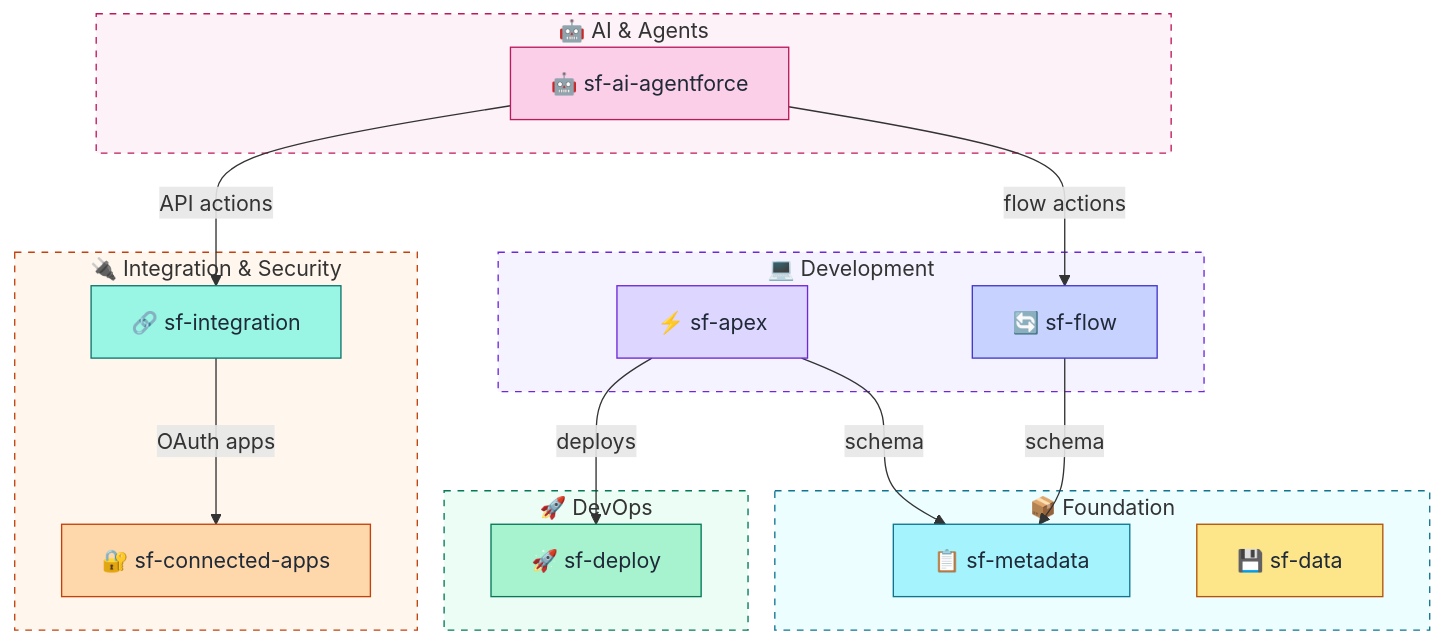
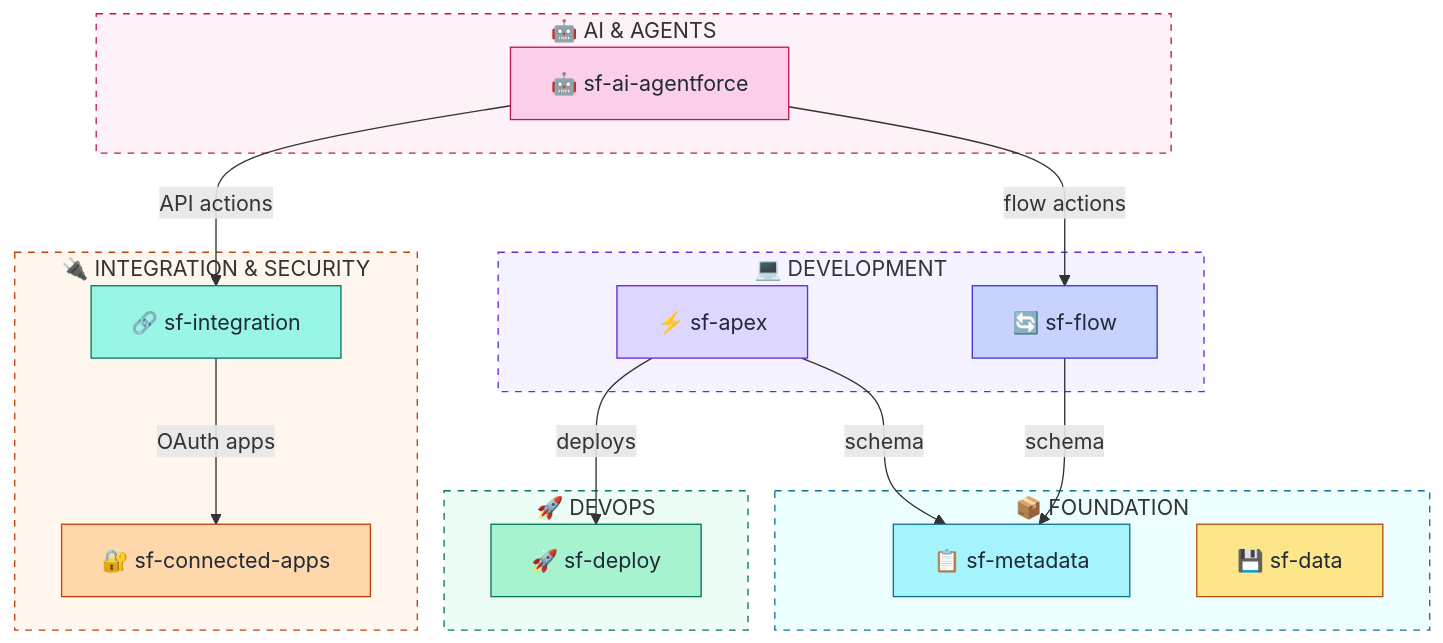
The fourth of 4 diagrams in sf-diagram/docs/color-palette.md (JuddLehmkuhl/sf-skills), drawn with Mermaid before and after one commit. The commit also changed other lines of this file and 3 other files, not shown here.

````diff
--- a/sf-diagram/docs/color-palette.md
+++ b/sf-diagram/docs/color-palette.md
@@ -171,50 +171,50 @@
 ```mermaid
 flowchart TB
-    subgraph ai["🤖 AI & Agents"]
+    subgraph ai["🤖 AI & AGENTS"]
         agentforce["🤖 sf-ai-agentforce"]
     end
 
-    subgraph integration["🔌 Integration & Security"]
+    subgraph integration["🔌 INTEGRATION & SECURITY"]
         connectedapps["🔐 sf-connected-apps"]
         sfintegration["🔗 sf-integration"]
     end
 
-    subgraph development["💻 Development"]
+    subgraph development["💻 DEVELOPMENT"]
         apex["⚡ sf-apex"]
         flow["🔄 sf-flow"]
     end
 
-    subgraph foundation["📦 Foundation"]
+    subgraph foundation["📦 FOUNDATION"]
         metadata["📋 sf-metadata"]
         data["💾 sf-data"]
     end
 
-    subgraph devops["🚀 DevOps"]
+    subgraph devops["🚀 DEVOPS"]
         deploy["🚀 sf-deploy"]
     end
 
     %% Relationships
     agentforce -->|"flow actions"| flow
     agentforce -->|"API actions"| sfintegration
     sfintegration -->|"OAuth apps"| connectedapps
     apex -->|"schema"| metadata
     flow -->|"schema"| metadata
     apex -->|"deploys"| deploy
 
     %% Node Styling - 200-level fills
     style agentforce fill:#fbcfe8,stroke:#be185d,color:#1f2937
     style connectedapps fill:#fed7aa,stroke:#c2410c,color:#1f2937
     style sfintegration fill:#99f6e4,stroke:#0f766e,color:#1f2937
     style apex fill:#ddd6fe,stroke:#6d28d9,color:#1f2937
     style flow fill:#c7d2fe,stroke:#4338ca,color:#1f2937
     style metadata fill:#a5f3fc,stroke:#0e7490,color:#1f2937
     style data fill:#fde68a,stroke:#b45309,color:#1f2937
     style deploy fill:#a7f3d0,stroke:#047857,color:#1f2937
 
     %% Subgraph Styling - 50-level fills with dashed borders
     style ai fill:#fdf2f8,stroke:#be185d,stroke-dasharray:5
     style integration fill:#fff7ed,stroke:#c2410c,stroke-dasharray:5
     style development fill:#f5f3ff,stroke:#6d28d9,stroke-dasharray:5
     style foundation fill:#ecfeff,stroke:#0e7490,stroke-dasharray:5
     style devops fill:#ecfdf5,stroke:#047857,stroke-dasharray:5
 ```
````
